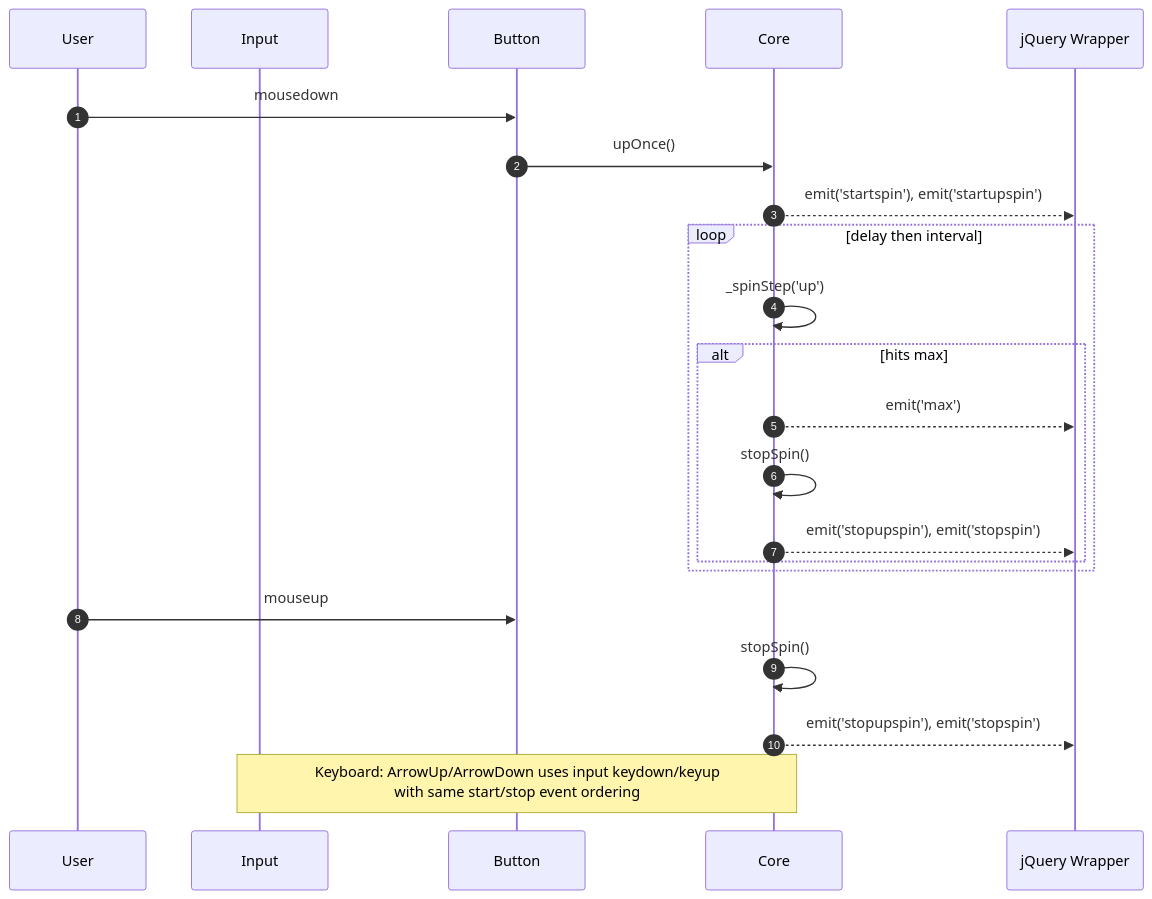
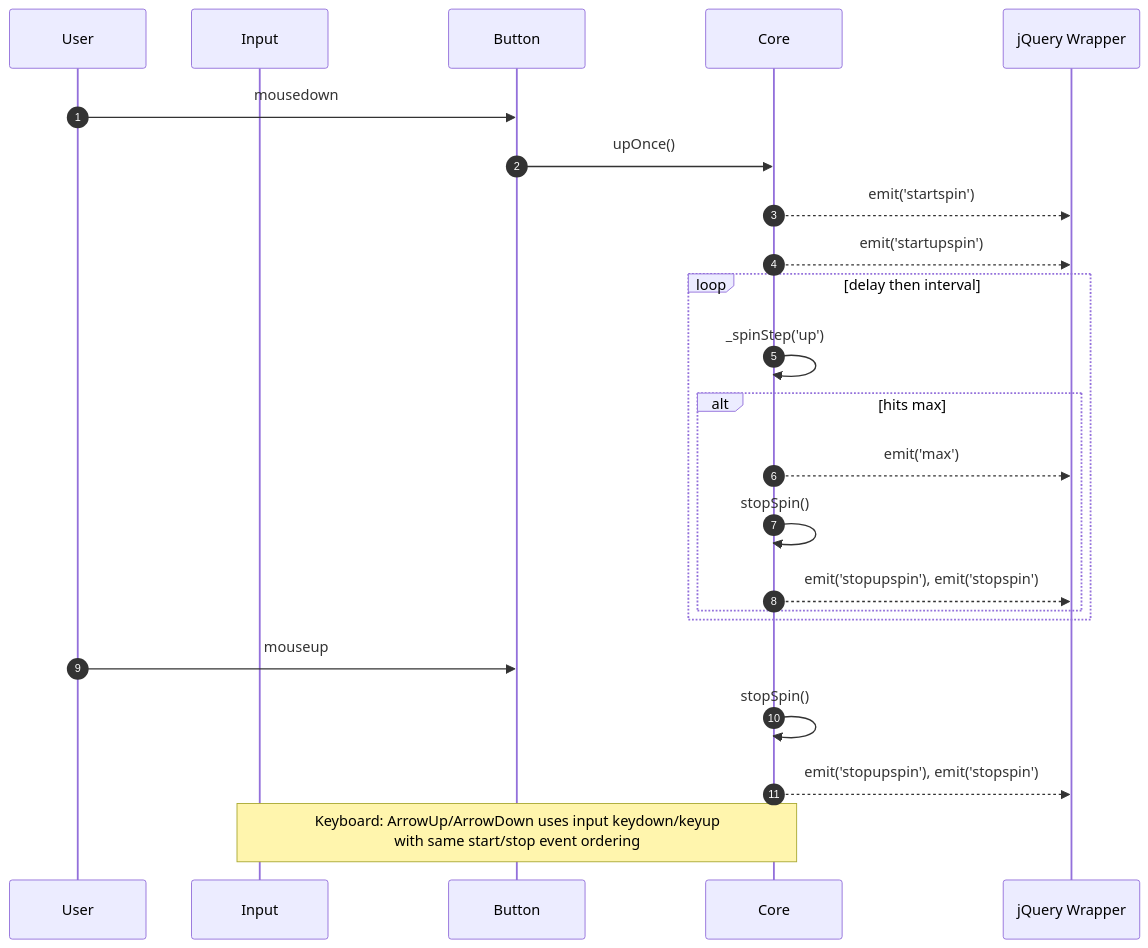
Before and after one commit to istvan-ujjmeszaros/touchspin: the diagram in architecture-openai/diagrams/event-timeline.md, drawn with Mermaid. The commit also changed other lines of this file and 7 other files, not shown here.

````diff
--- a/architecture-openai/diagrams/event-timeline.md
+++ b/architecture-openai/diagrams/event-timeline.md
@@ -1,26 +1,27 @@
 ```mermaid
 sequenceDiagram
   autonumber
   participant U as User
   participant I as Input
   participant Btn as Button
   participant C as Core
-  participant $ as jQuery Wrapper
+  participant J as jQuery Wrapper
 
   U->>Btn: mousedown
   Btn->>C: upOnce()
-  C-->>$: emit('startspin'), emit('startupspin')
+  C-->>J: emit('startspin')
+  C-->>J: emit('startupspin')
   loop delay then interval
     C->>C: _spinStep('up')
     alt hits max
-      C-->>$: emit('max')
+      C-->>J: emit('max')
       C->>C: stopSpin()
-      C-->>$: emit('stopupspin'), emit('stopspin')
+      C-->>J: emit('stopupspin'), emit('stopspin')
     end
   end
   U->>Btn: mouseup
   C->>C: stopSpin()
-  C-->>$: emit('stopupspin'), emit('stopspin')
+  C-->>J: emit('stopupspin'), emit('stopspin')
 
   Note over I,C: Keyboard: ArrowUp/ArrowDown uses input keydown/keyup<br/>with same start/stop event ordering
 ```
````
